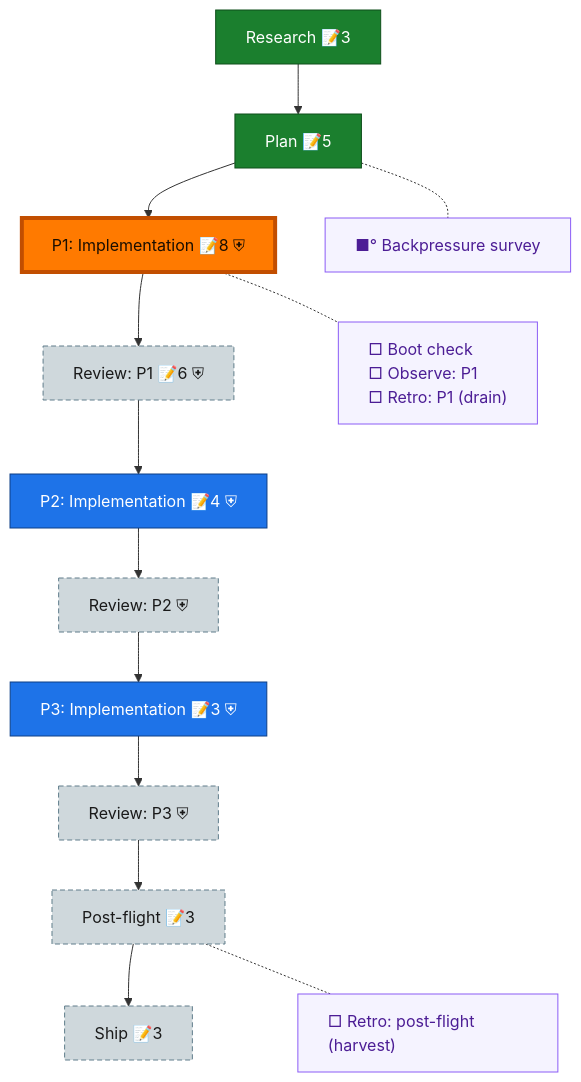
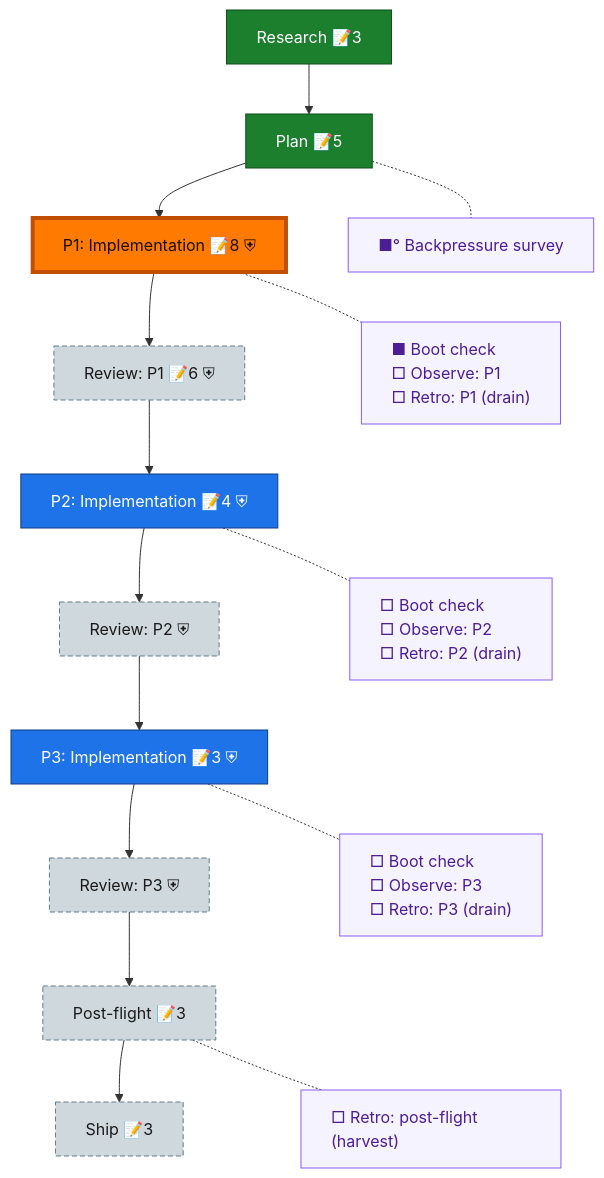
One commit to AI-Substrate/harness-engineering changed the diagram in docs/plans/082-harness-hooks/the-flow.md. Above: the diagram before and after it, drawn with Mermaid. The commit also changed other lines of this file and 1 other file, not shown here.

Commit message:
docs(082): every phase carries its own boot/observe/drain trio
The spine had chores on phase 1 only. Phases 2 and 3 were bare, so their
boot check, mid-phase capture and retro drain would simply never have come
due — a seam that cannot be missed on phase 1 and cannot be seen at all on
the other two. Reconciled to 21 nodes; boot-1 carries its pre-flight receipt.

````diff
--- a/docs/plans/082-harness-hooks/the-flow.md
+++ b/docs/plans/082-harness-hooks/the-flow.md
@@ -8,34 +8,38 @@
 ```mermaid
 flowchart TD
     research["Research 📝3"]:::done
     plan["Plan 📝5"]:::done
     phase_1["P1: Implementation 📝8 ⛨"]:::known
     review_1["Review: P1 📝6 ⛨"]:::assumed
     phase_2["P2: Implementation 📝4 ⛨"]:::known
     review_2["Review: P2 ⛨"]:::assumed
     phase_3["P3: Implementation 📝3 ⛨"]:::known
     review_3["Review: P3 ⛨"]:::assumed
     post_flight["Post-flight 📝3"]:::assumed
     ship["Ship 📝3"]:::assumed
 
     research --> plan --> phase_1 --> review_1 --> phase_2 --> review_2 --> phase_3 --> review_3 --> post_flight --> ship
 
     planC["■° Backpressure survey"]:::chore
-    phase_1C["□ Boot check<br/>□ Observe: P1<br/>□ Retro: P1 (drain)"]:::chore
+    phase_1C["■ Boot check<br/>□ Observe: P1<br/>□ Retro: P1 (drain)"]:::chore
+    phase_2C["□ Boot check<br/>□ Observe: P2<br/>□ Retro: P2 (drain)"]:::chore
+    phase_3C["□ Boot check<br/>□ Observe: P3<br/>□ Retro: P3 (drain)"]:::chore
     post_flightC["□ Retro: post-flight (harvest)"]:::chore
 
     %% invisible chain holds the gutter boxes in their own column
-    planC ~~~ phase_1C ~~~ post_flightC
+    planC ~~~ phase_1C ~~~ phase_2C ~~~ phase_3C ~~~ post_flightC
 
     %% dotted links pull each gutter box beside its node
     plan -.- planC
     phase_1 -.- phase_1C
+    phase_2 -.- phase_2C
+    phase_3 -.- phase_3C
     post_flight -.- post_flightC
 
     classDef done fill:#1B7F2E,stroke:#0F4F1B,color:#fff;
     classDef known fill:#1E73E8,stroke:#0D3F86,color:#fff;
     classDef assumed fill:#CFD8DC,stroke:#607D8B,color:#1a1a1a,stroke-dasharray:5 3;
     classDef chore fill:#f5f3ff,stroke:#8b5cf6,color:#4c1d95,text-align:left;
     classDef current fill:#FF7A00,stroke:#C24E00,color:#1a0e00,stroke-width:4px;
     class phase_1 current;
 ```
````
